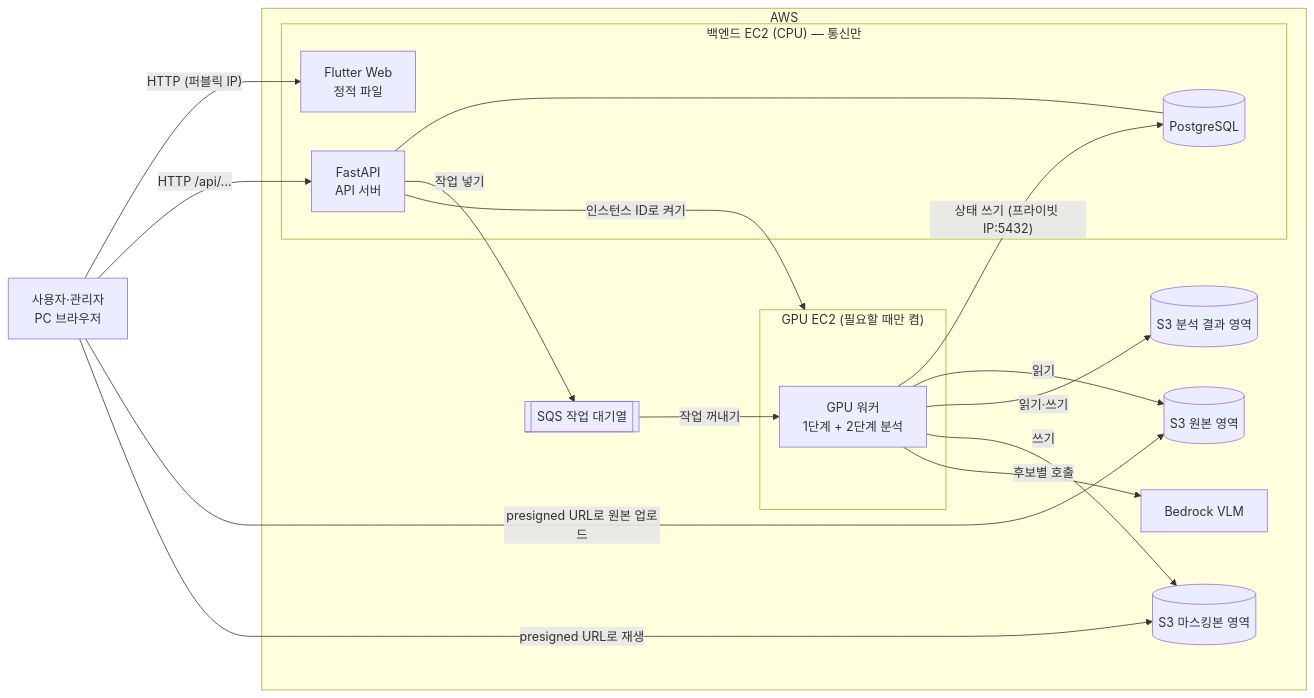
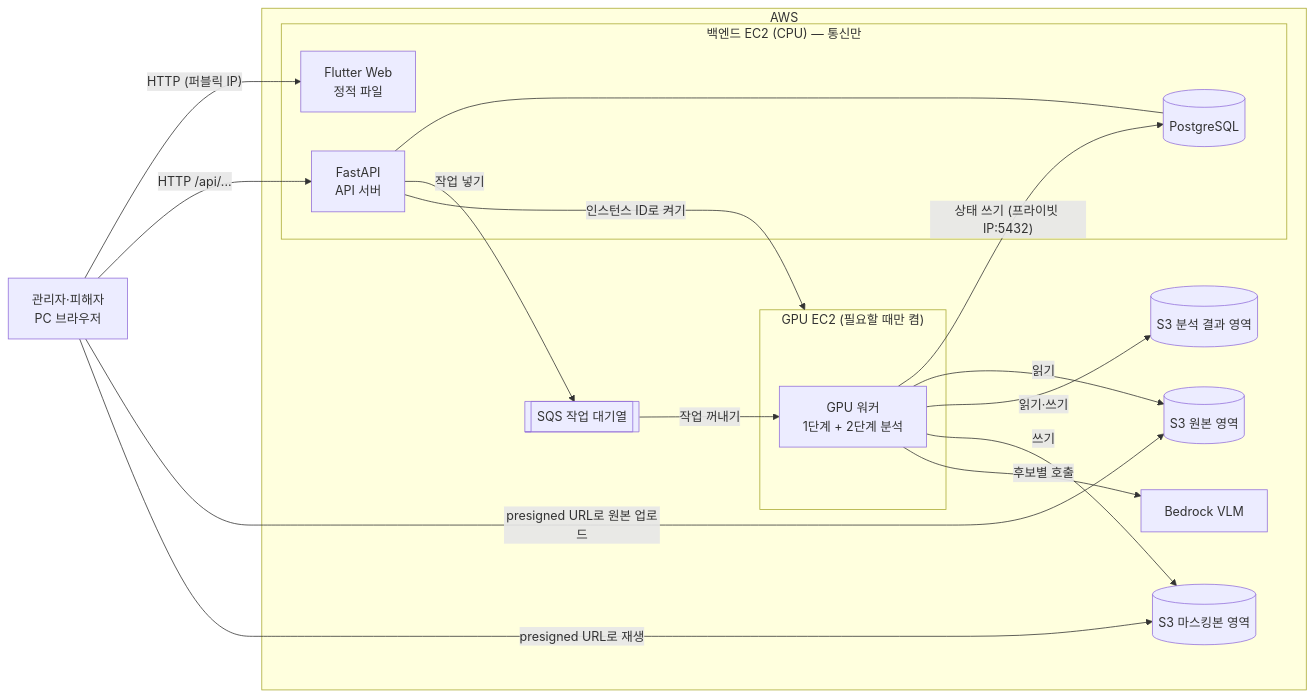
The diagram in docs/design/02-architecture.md (lG1l/parking_lot_detection), drawn with Mermaid before and after one commit. The commit also changed other lines of this file and 11 other files, not shown here.

````diff
--- a/docs/design/02-architecture.md
+++ b/docs/design/02-architecture.md
@@ -37,34 +39,34 @@
 ```mermaid
 flowchart LR
-  USER["사용자·관리자<br/>PC 브라우저"]
+  USER["관리자·피해자<br/>PC 브라우저"]
 
   subgraph AWS
     subgraph BE["백엔드 EC2 (CPU) — 통신만"]
       WEB["Flutter Web<br/>정적 파일"]
       API["FastAPI<br/>API 서버"]
       DB[("PostgreSQL")]
     end
     Q[["SQS 작업 대기열"]]
     subgraph GPUBOX["GPU EC2 (필요할 때만 켬)"]
       WORKER["GPU 워커<br/>1단계 + 2단계 분석"]
     end
     S3O[("S3 원본 영역")]
     S3M[("S3 마스킹본 영역")]
     S3A[("S3 분석 결과 영역")]
     BR["Bedrock VLM"]
   end
 
   USER -->|"HTTP (퍼블릭 IP)"| WEB
   USER -->|"HTTP /api/..."| API
   USER -->|"presigned URL로 원본 업로드"| S3O
   USER -->|"presigned URL로 재생"| S3M
   API --- DB
   API -->|"작업 넣기"| Q
   API -->|"인스턴스 ID로 켜기"| GPUBOX
   Q -->|"작업 꺼내기"| WORKER
   WORKER -->|"상태 쓰기 (프라이빗 IP:5432)"| DB
   WORKER -->|"읽기"| S3O
   WORKER -->|"읽기·쓰기"| S3A
   WORKER -->|"쓰기"| S3M
   WORKER -->|"후보별 호출"| BR
 ```
````
